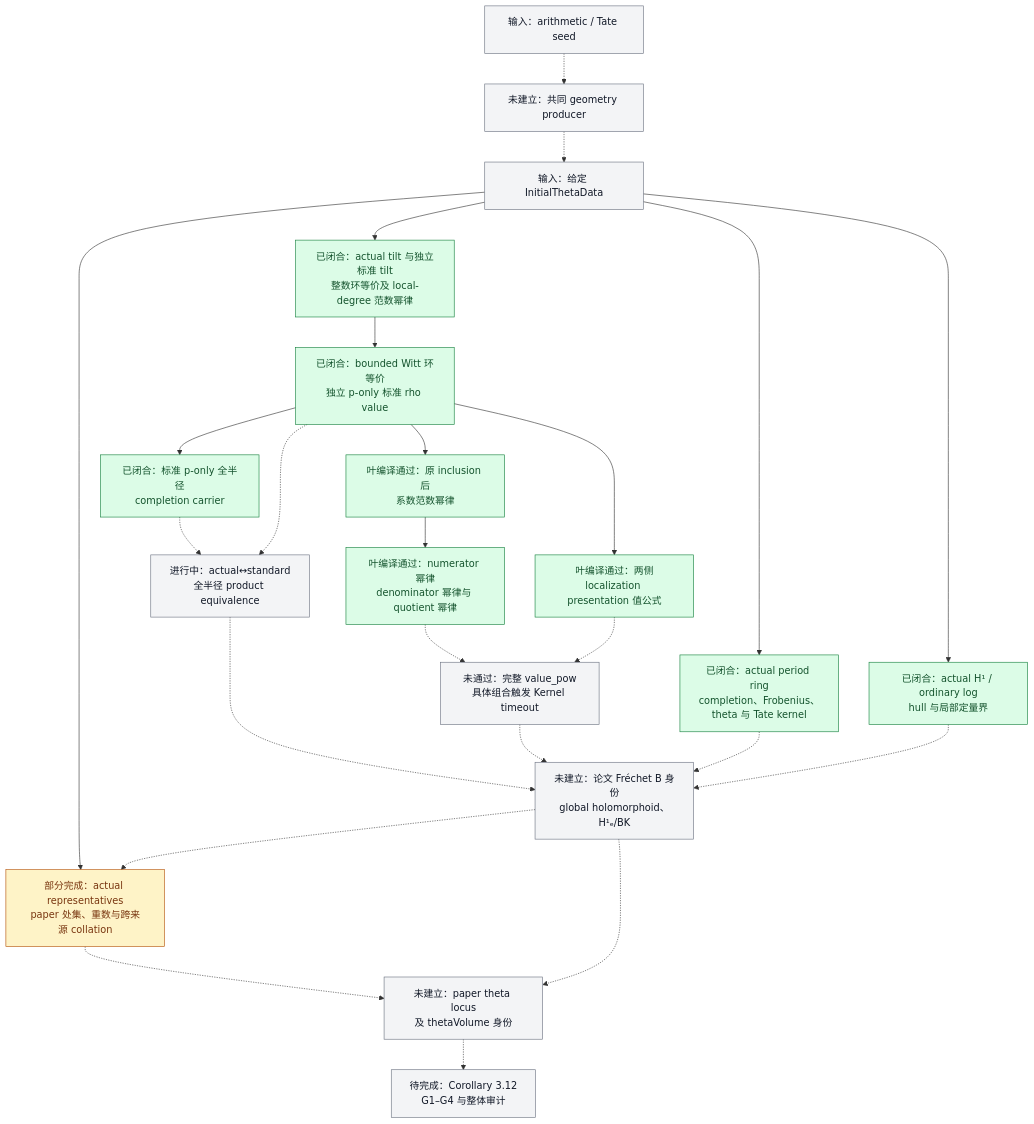
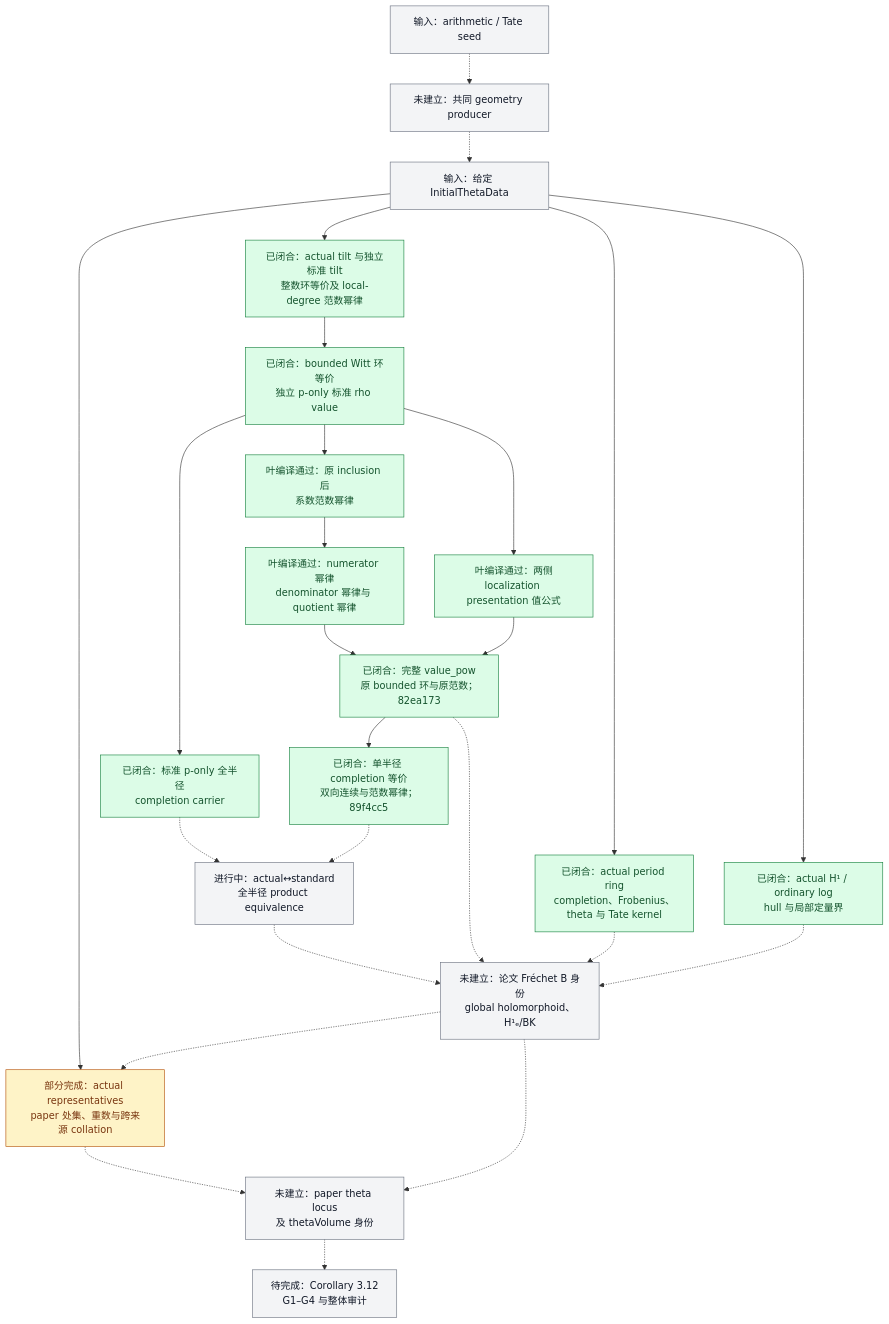
Before and after one commit to Ember-Institute/KirtiJoshi-abc: the diagram in docs/Scene1进度总览.md, drawn with Mermaid. The commit also changed other lines of this file, not shown here.

````diff
--- a/docs/Scene1进度总览.md
+++ b/docs/Scene1进度总览.md
@@ -66,51 +66,53 @@
 ```mermaid
 flowchart TD
     S["输入：arithmetic / Tate seed"]
     P["未建立：共同 geometry producer"]
     D["输入：给定 InitialThetaData"]
     T["已闭合：actual tilt 与独立标准 tilt<br/>整数环等价及 local-degree 范数幂律"]
     E["已闭合：bounded Witt 环等价<br/>独立 p-only 标准 rho value"]
     W["已闭合：标准 p-only 全半径<br/>completion carrier"]
     O["叶编译通过：原 inclusion 后<br/>系数范数幂律"]
     N["叶编译通过：numerator 幂律<br/>denominator 幂律与 quotient 幂律"]
     A["叶编译通过：两侧<br/>localization presentation 值公式"]
-    V["未通过：完整 value_pow<br/>具体组合触发 Kernel timeout"]
+    V["已闭合：完整 value_pow<br/>原 bounded 环与原范数；82ea173"]
+    Q["已闭合：单半径 completion 等价<br/>双向连续与范数幂律；89f4cc5"]
     U["进行中：actual↔standard<br/>全半径 product equivalence"]
     F["已闭合：actual period ring<br/>completion、Frobenius、theta 与 Tate kernel"]
     H["已闭合：actual H¹ / ordinary log<br/>hull 与局部定量界"]
     B["未建立：论文 Fréchet B 身份<br/>global holomorphoid、H¹ₑ/BK"]
     R["部分完成：actual representatives<br/>paper 处集、重数与跨来源 collation"]
     L["未建立：paper theta locus<br/>及 thetaVolume 身份"]
     C["待完成：Corollary 3.12<br/>G1–G4 与整体审计"]
 
     S -.-> P
     P -.-> D
     D --> T
     T --> E
     E --> O
     E --> W
     O --> N
     E --> A
-    N -.-> V
-    A -.-> V
+    N --> V
+    A --> V
+    V --> Q
     W -.-> U
-    E -.-> U
+    Q -.-> U
     U -.-> B
     D --> F
     D --> H
     V -.-> B
     F -.-> B
     H -.-> B
     D --> R
     B -.-> R
     R -.-> L
     B -.-> L
     L -.-> C
 
     classDef done fill:#dcfce7,stroke:#15803d,color:#14532d;
     classDef partial fill:#fef3c7,stroke:#b45309,color:#78350f;
     classDef open fill:#f3f4f6,stroke:#6b7280,color:#111827;
-    class T,E,O,W,N,A,F,H done;
+    class T,E,O,W,N,A,V,Q,F,H done;
     class R partial;
-    class S,D,P,V,U,B,L,C open;
+    class S,D,P,U,B,L,C open;
 ```
````
